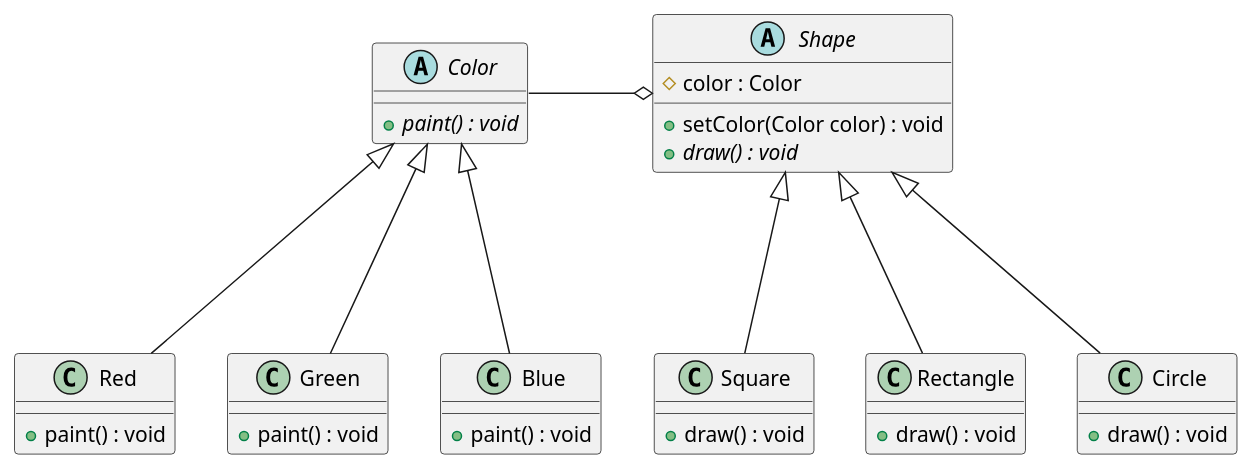
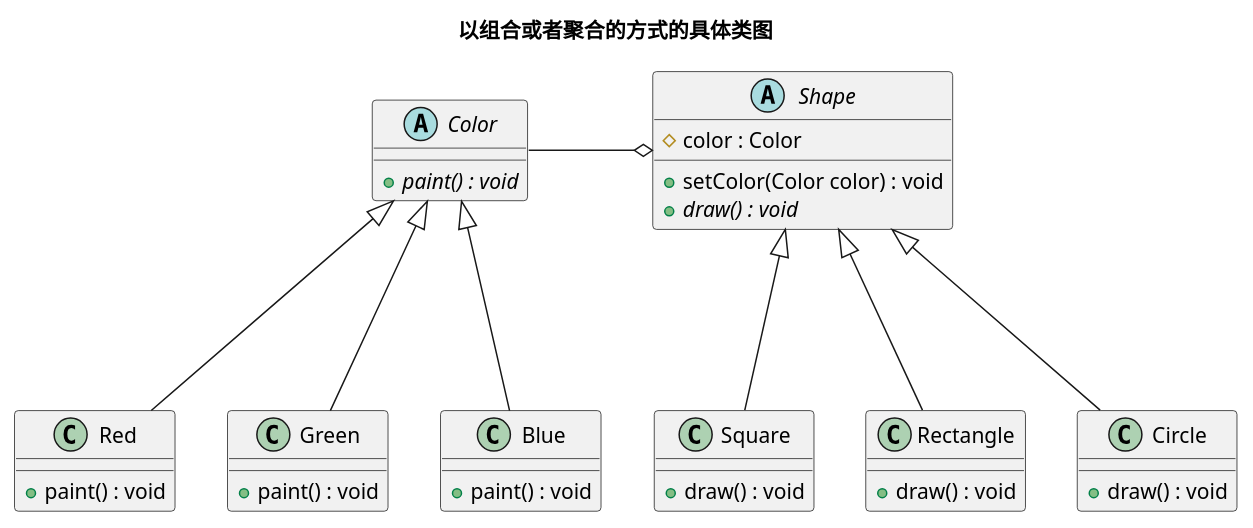
The fifth of 5 diagrams in source/_posts/模式-桥接模式.md (lepoch/lepoch.github.io), drawn with PlantUML before and after one commit. The commit also changed other lines of this file and 231 other files, not shown here.

````diff
--- a/source/_posts/模式-桥接模式.md
+++ b/source/_posts/模式-桥接模式.md
@@ -212,40 +325,42 @@
 ```plantuml
+Title "以组合或者聚合的方式的具体类图"
+
 abstract class Shape {
   # color : Color
   + setColor(Color color) : void
   + {abstract} draw() : void
 }
 class Square {
   + draw() : void
 }
 class Rectangle {
   + draw() : void
 }
 class Circle {
   + draw() : void
 }
 
 abstract class Color {
   + {abstract} paint() : void
 }
 class Red {
   + paint() : void
 }
 class Green {
   + paint() : void
 }
 class Blue {
   + paint() : void
 }
 
 Square -up--|> Shape
 Rectangle -up--|> Shape
 Circle -up--|> Shape
 
 Red -up--|> Color
 Green -up--|> Color
 Blue -up--|> Color
 
 Color -right--o Shape
 @enduml
 ```
````
